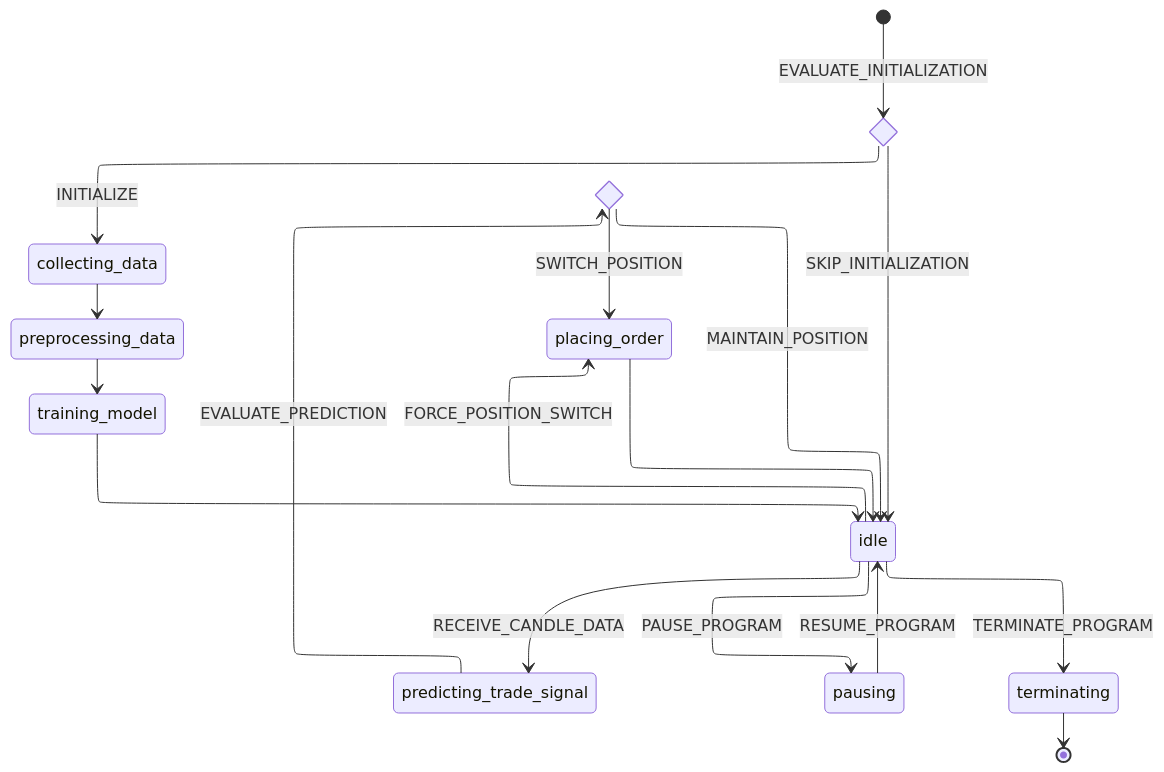
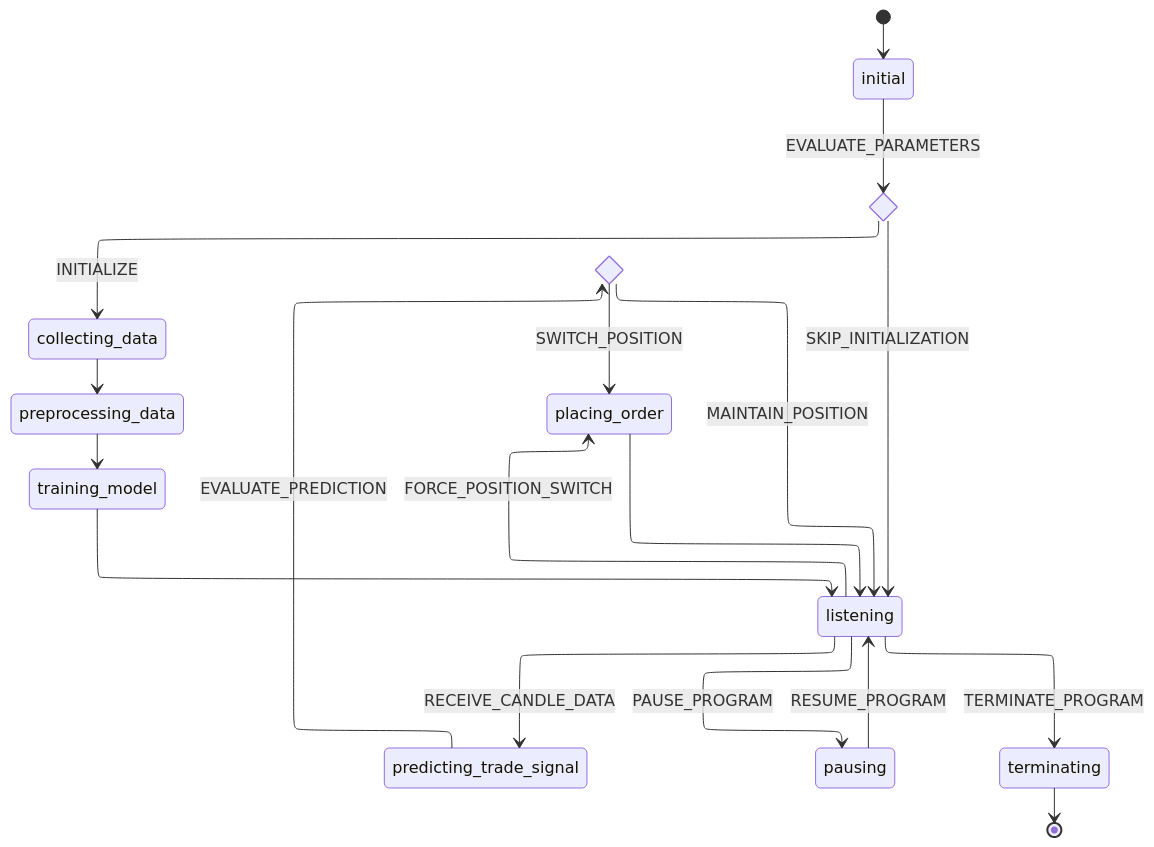
Before and after one commit to vanesterik/fart: the diagram in README.md, drawn with Mermaid. The commit also changed other lines of this file and 28 other files, not shown here.

Commit message:
feat: introduce dashboard architecture

````diff
--- a/README.md
+++ b/README.md
@@ -55,25 +61,26 @@
 ```mermaid
 ---
 config:
   layout: elk
 ---
 stateDiagram
    state initialization_condition <<choice>>
    state trade_signal_condition <<choice>>
-   [*] --> initialization_condition: EVALUATE_INITIALIZATION
+   [*] --> initial
+   initial --> initialization_condition: EVALUATE_PARAMETERS
    initialization_condition --> collecting_data: INITIALIZE
-   initialization_condition --> idle: SKIP_INITIALIZATION
+   initialization_condition --> listening: SKIP_INITIALIZATION
    collecting_data --> preprocessing_data
    preprocessing_data --> training_model
-   training_model --> idle
-   idle --> predicting_trade_signal: RECEIVE_CANDLE_DATA
+   training_model --> listening
+   listening --> predicting_trade_signal: RECEIVE_CANDLE_DATA
    predicting_trade_signal --> trade_signal_condition: EVALUATE_PREDICTION
    trade_signal_condition --> placing_order: SWITCH_POSITION
-   trade_signal_condition --> idle: MAINTAIN_POSITION
-   idle --> placing_order: FORCE_POSITION_SWITCH
-   idle --> pausing: PAUSE_PROGRAM
-   pausing --> idle: RESUME_PROGRAM
-   placing_order --> idle
-   idle --> terminating: TERMINATE_PROGRAM
+   trade_signal_condition --> listening: MAINTAIN_POSITION
+   listening --> placing_order: FORCE_POSITION_SWITCH
+   listening --> pausing: PAUSE_PROGRAM
+   pausing --> listening: RESUME_PROGRAM
+   placing_order --> listening
+   listening --> terminating: TERMINATE_PROGRAM
    terminating --> [*]
 ```
````
